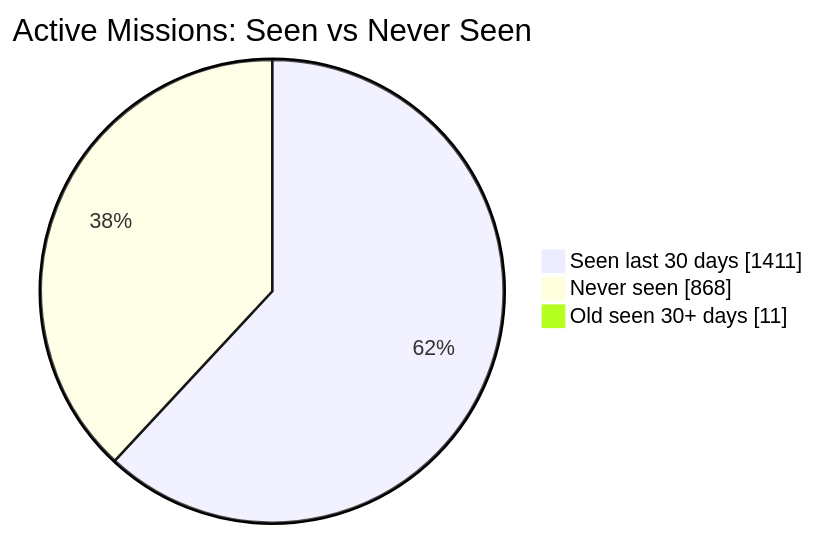
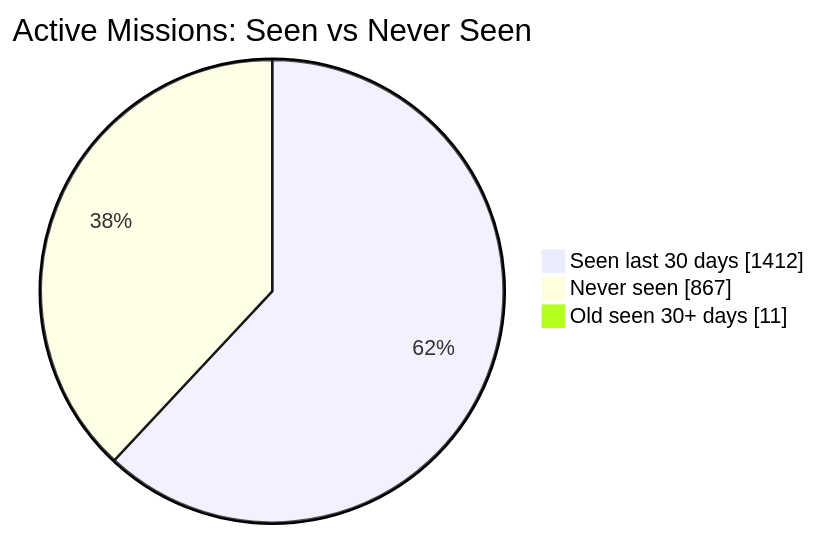
One commit to MeldkamerspelGameTeam/active-missions changed the first of 2 diagrams in README.md. Above: the diagram before and after it, drawn with Mermaid. The commit also changed other lines of this file and 3 other files, not shown here.

````diff
--- a/README.md
+++ b/README.md
@@ -34,7 +34,7 @@
 ```mermaid
 pie showData
     title Active Missions: Seen vs Never Seen
-    "Seen last 30 days" : 1411
-    "Never seen" : 868
+    "Seen last 30 days" : 1412
+    "Never seen" : 867
     "Old seen 30+ days" : 11
 ```
````
